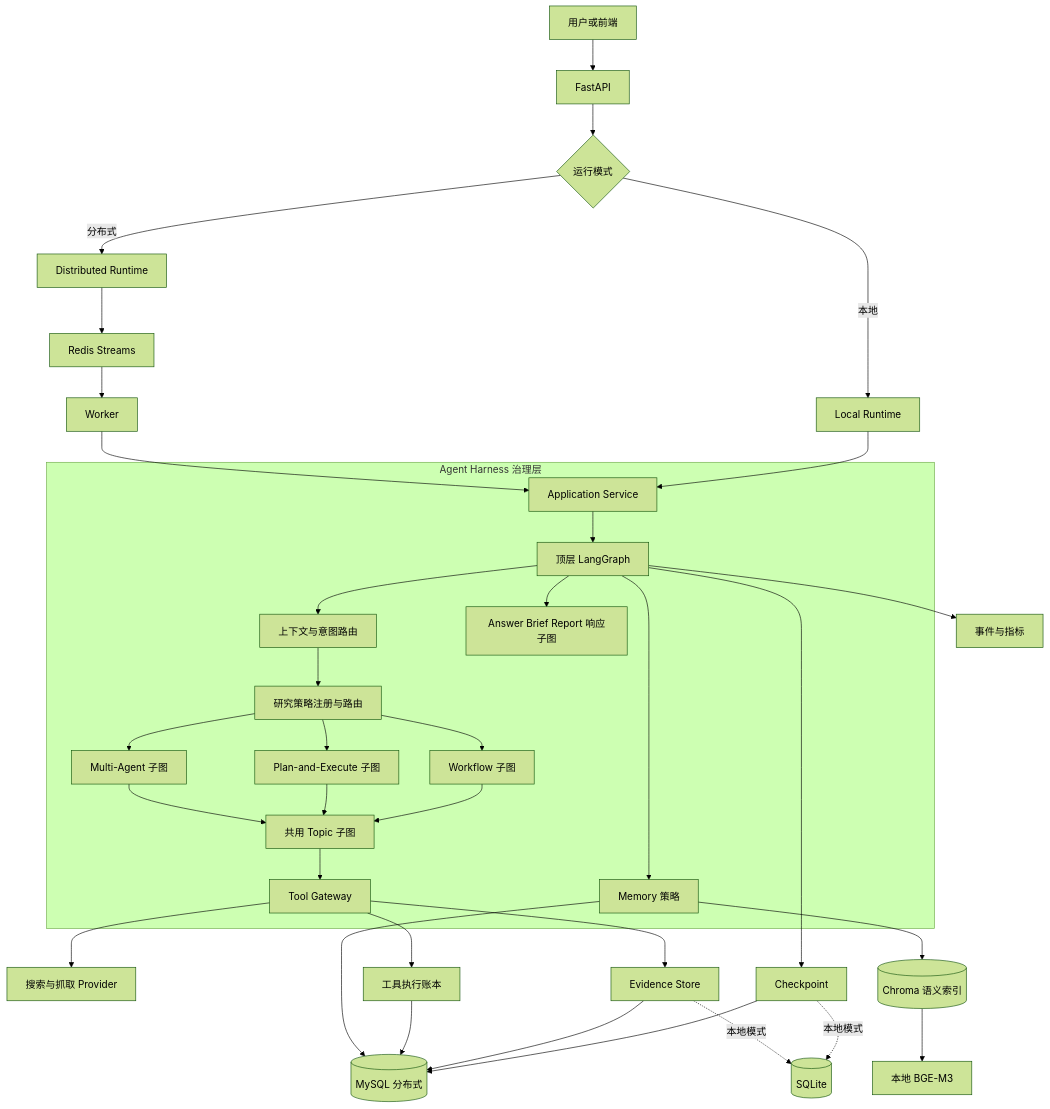
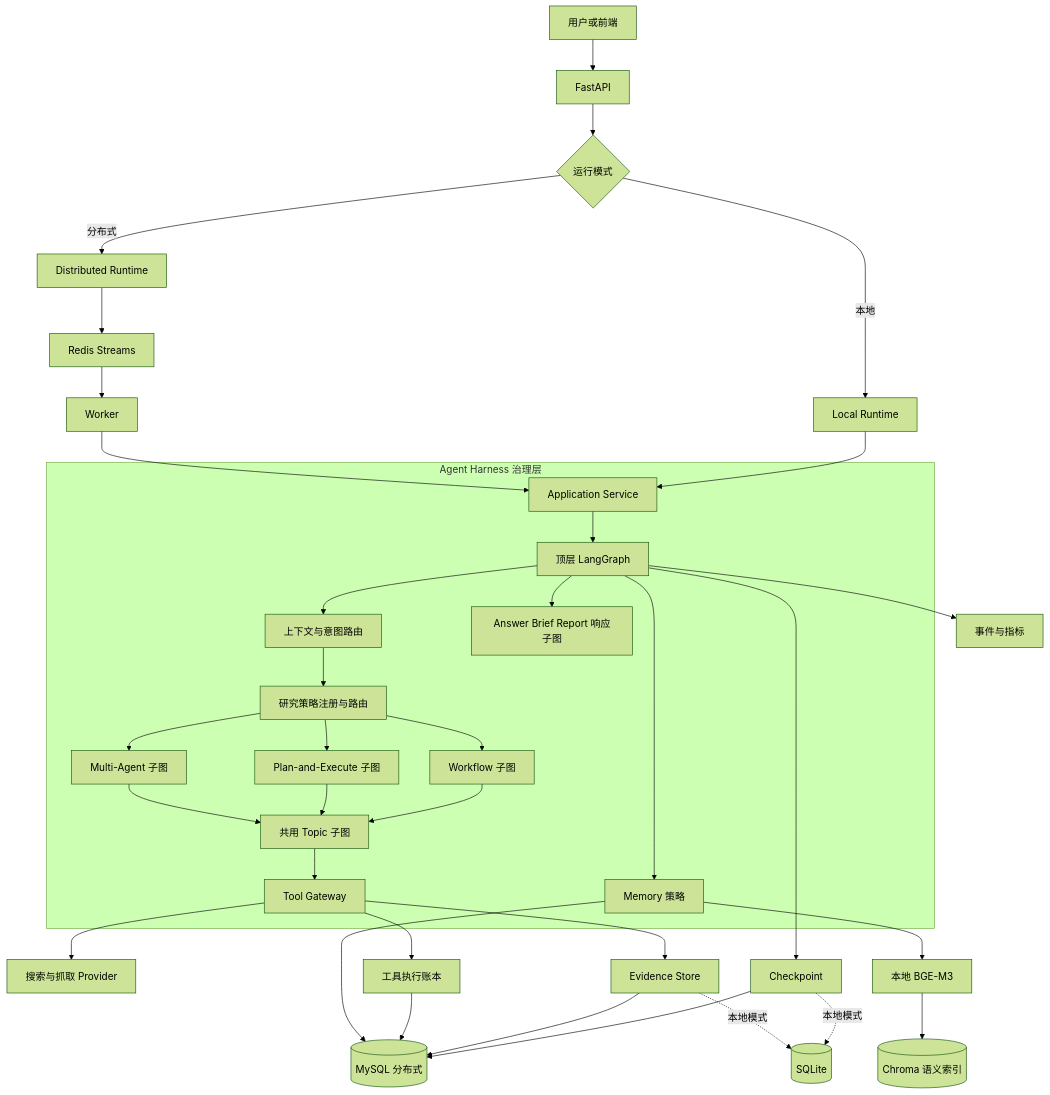
Before and after one commit to 1785454358/agent: the first of 6 diagrams in docs/resume/多模式深度研究Agent面试与学习资料/02-Harness总体架构.md, drawn with Mermaid (forest theme). The commit also changed other lines of this file and 5 other files, not shown here.

````diff
--- a/docs/resume/多模式深度研究Agent面试与学习资料/02-Harness总体架构.md
+++ b/docs/resume/多模式深度研究Agent面试与学习资料/02-Harness总体架构.md
@@ -9,40 +9,40 @@
 ```mermaid
 flowchart TB
     U[用户或前端] --> API[FastAPI]
     API --> RT{运行模式}
     RT -->|本地| LR[Local Runtime]
     RT -->|分布式| DR[Distributed Runtime]
     DR --> RS[Redis Streams]
     RS --> WK[Worker]
     LR --> APP[Application Service]
     WK --> APP
 
     subgraph H[Agent Harness 治理层]
         APP --> TG[顶层 LangGraph]
         TG --> CTX[上下文与意图路由]
         CTX --> SR[研究策略注册与路由]
         SR --> WF[Workflow 子图]
         SR --> PE[Plan-and-Execute 子图]
         SR --> MA[Multi-Agent 子图]
         WF --> TOPIC[共用 Topic 子图]
         PE --> TOPIC
         MA --> TOPIC
         TOPIC --> TOOL[Tool Gateway]
         TG --> RESP[Answer Brief Report 响应子图]
         TG --> MEM[Memory 策略]
     end
 
     TOOL --> PROVIDER[搜索与抓取 Provider]
     TOOL --> EVIDENCE[Evidence Store]
     TG --> CP[Checkpoint]
     TOOL --> LEDGER[工具执行账本]
     TG --> EVENT[事件与指标]
     CP --> MYSQL[(MySQL 分布式)]
     EVIDENCE --> MYSQL
     LEDGER --> MYSQL
     MEM --> MYSQL
-    MEM --> CHROMA[(Chroma 语义索引)]
-    CHROMA --> BGE[本地 BGE-M3]
+    MEM --> BGE[本地 BGE-M3]
+    BGE --> CHROMA[(Chroma 语义索引)]
     CP -.本地模式.-> SQLITE[(SQLite)]
     EVIDENCE -.本地模式.-> SQLITE
 ```
````
